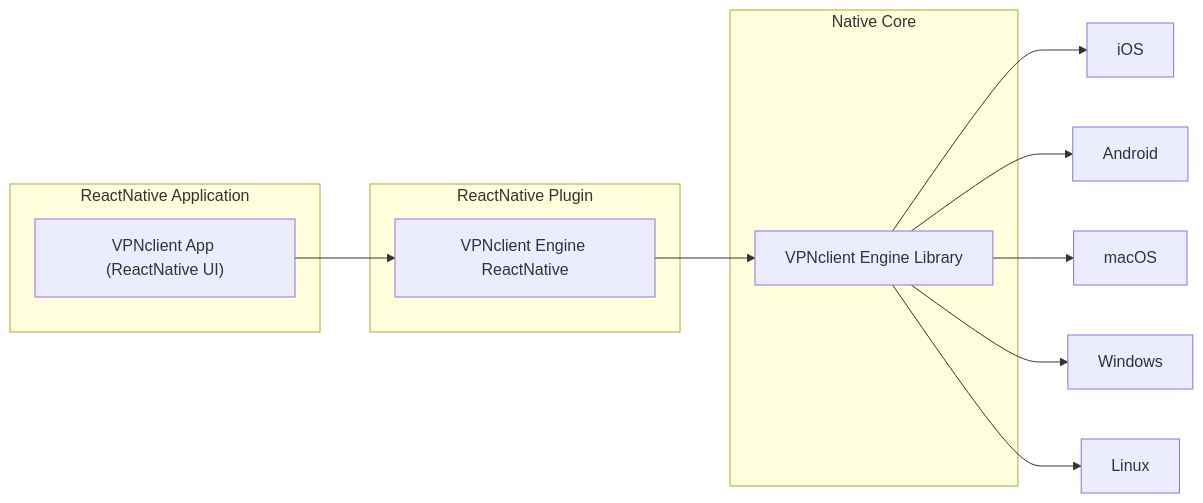
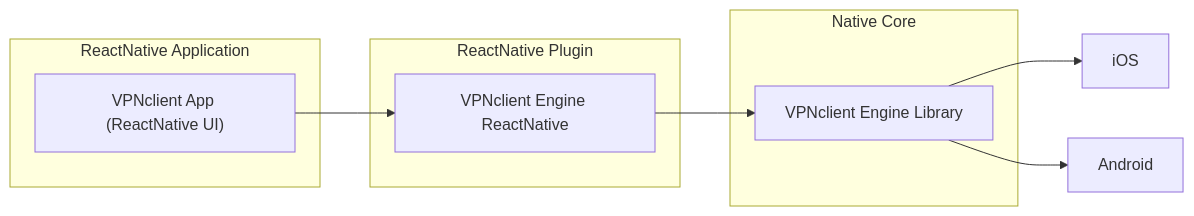
One commit to VPNclient/vpnclient-react-native-app changed the diagram in README.md. Above: the diagram before and after it, drawn with Mermaid.

````diff
--- a/README.md
+++ b/README.md
@@ -26,17 +26,17 @@
 ```mermaid
 flowchart LR
 	subgraph subGraph0["ReactNative Application"]
 		UI@{ label: "VPNclient App (<span style=\"color:\">ReactNative UI)</span>" }
 	end
 	subgraph subGraph1["ReactNative Plugin"]
 		Plugin["VPNclient Engine ReactNative"]
 	end
 	subgraph subGraph2["Native Core"]
 		Core["VPNclient Engine Library"]
 	end
 		UI --> Plugin
 		Plugin --> Core
-		Core --> iOS["iOS"] & Android["Android"] & macOS["macOS"] & Windows["Windows"] & Linux["Linux"]
+		Core --> iOS["iOS"] & Android["Android"]
 
 		UI@{ shape: rect}
 ```
````
